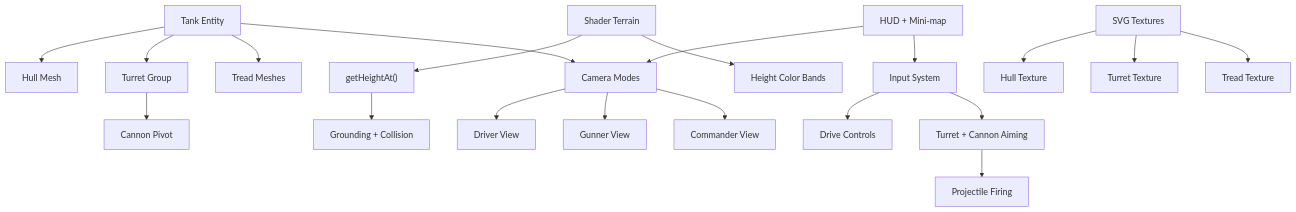
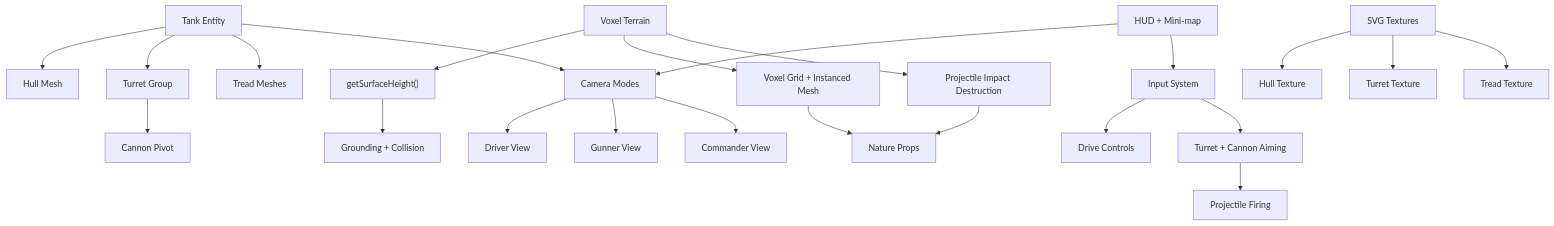
Before and after one commit to DocCheese/SauceTanks: the diagram in KNOWLEDGE_GRAPH.md, drawn with Mermaid. The commit also changed other lines of this file and 4 other files, not shown here.

Commit message:
Add destructible voxel terrain

````diff
--- a/KNOWLEDGE_GRAPH.md
+++ b/KNOWLEDGE_GRAPH.md
@@ -3,26 +3,29 @@
 ```mermaid
 graph TD
   Tank["Tank Entity"] --> Hull["Hull Mesh"]
   Tank --> Turret["Turret Group"]
   Turret --> Cannon["Cannon Pivot"]
   Tank --> Treads["Tread Meshes"]
   Tank --> CameraModes["Camera Modes"]
   CameraModes --> Driver["Driver View"]
   CameraModes --> Gunner["Gunner View"]
   CameraModes --> Commander["Commander View"]
 
-  Terrain["Shader Terrain"] --> HeightFunc["getHeightAt()"]
+  Terrain["Voxel Terrain"] --> HeightFunc["getSurfaceHeight()"]
+  Terrain --> VoxelGrid["Voxel Grid + Instanced Mesh"]
+  Terrain --> Destruction["Projectile Impact Destruction"]
+  VoxelGrid --> Props["Nature Props"]
   HeightFunc --> Collision["Grounding + Collision"]
-  Terrain --> BiomeColors["Height Color Bands"]
+  Destruction --> Props
 
   SVGTextures["SVG Textures"] --> HullTex["Hull Texture"]
   SVGTextures --> TurretTex["Turret Texture"]
   SVGTextures --> TreadTex["Tread Texture"]
 
   Input["Input System"] --> Drive["Drive Controls"]
   Input --> Aim["Turret + Cannon Aiming"]
   Aim --> Fire["Projectile Firing"]
 
   HUD["HUD + Mini-map"] --> CameraModes
   HUD --> Input
 ```
````
